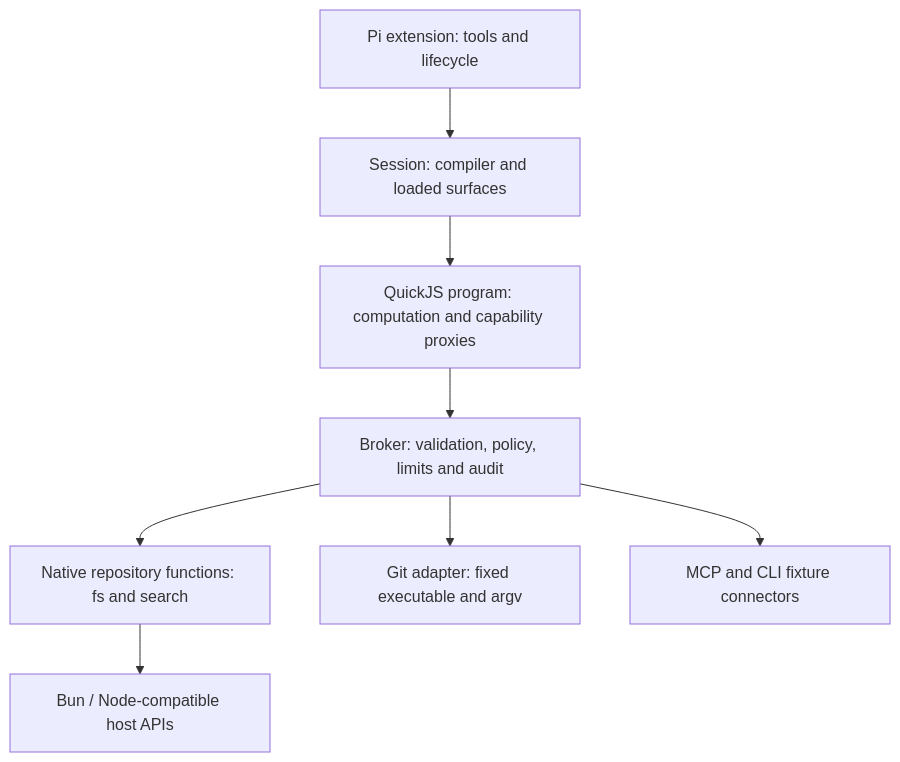
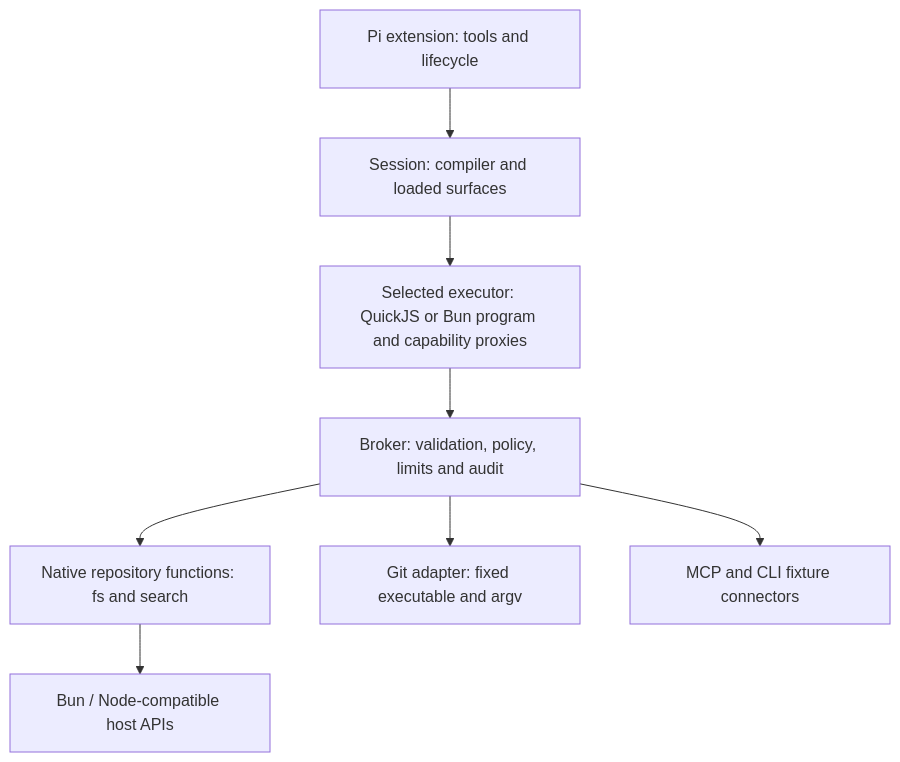
Before and after one commit to Fannon/strata-agent: the diagram in ACD.md, drawn with Mermaid. The commit also changed other lines of this file and 24 other files, not shown here.

````diff
--- a/ACD.md
+++ b/ACD.md
@@ -99,10 +99,10 @@
 ```mermaid
 flowchart TD
   Pi[Pi extension: tools and lifecycle] --> Session[Session: compiler and loaded surfaces]
-  Session --> Q[QuickJS program: computation and capability proxies]
+  Session --> Q[Selected executor: QuickJS or Bun program and capability proxies]
   Q --> Broker[Broker: validation, policy, limits and audit]
   Broker --> Native[Native repository functions: fs and search]
   Broker --> Git[Git adapter: fixed executable and argv]
   Broker --> Existing[MCP and CLI fixture connectors]
   Native --> Bun[Bun / Node-compatible host APIs]
 ```
````
